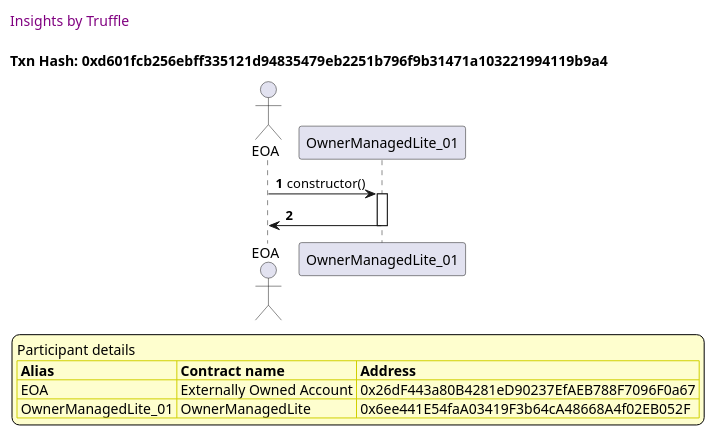
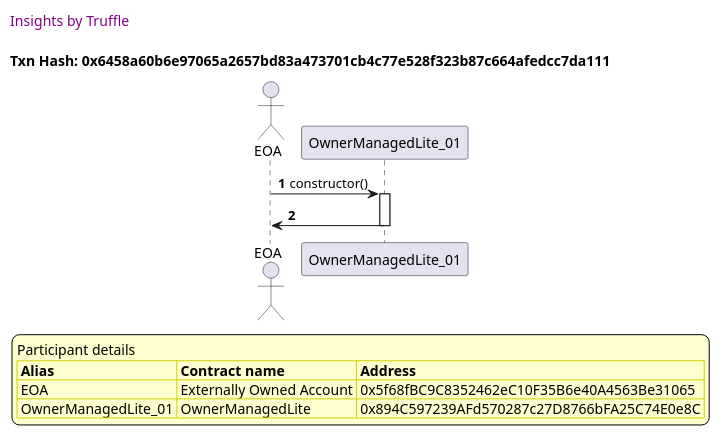
Before and after one commit to thedarkjester/ConsensysAssignment: the tenth of 16 diagrams in truffle-seq/OwnerManagedLite_test_activate_deactivate_dapp.md, drawn with PlantUML. The commit also changed other lines of this file and 13 other files, not shown here.

````diff
--- a/truffle-seq/OwnerManagedLite_test_activate_deactivate_dapp.md
+++ b/truffle-seq/OwnerManagedLite_test_activate_deactivate_dapp.md
@@ -436,37 +436,37 @@
 ```plantuml
 
 
 @startuml
 
 autonumber
 skinparam legendBackgroundColor #FEFECE
 
 <style>
       header {
         HorizontalAlignment left
         FontColor purple
         FontSize 14
         Padding 10
       }
     </style>
 
 header Insights by Truffle
 
-title Txn Hash: 0xd601fcb256ebff335121d94835479eb2251b796f9b31471a103221994119b9a4
+title Txn Hash: 0x6458a60b6e97065a2657bd83a473701cb4c77e528f323b87c664afedcc7da111
 
 
 actor EOA as "EOA"
 participant OwnerManagedLite_01 as "OwnerManagedLite_01"
 
 "EOA" -> "OwnerManagedLite_01" ++: constructor()
 "OwnerManagedLite_01" -> "EOA" --: 
 
 legend
 Participant details
 <#FEFECE,#D0D000>|= Alias |= Contract name |= Address |
-<#FEFECE>| EOA | Externally Owned Account | 0x26dF443a80B4281eD90237EfAEB788F7096F0a67 |
-<#FEFECE>| OwnerManagedLite_01 | OwnerManagedLite | 0x6ee441E54faA03419F3b64cA48668A4f02EB052F |
+<#FEFECE>| EOA | Externally Owned Account | 0x5f68fBC9C8352462eC10F35B6e40A4563Be31065 |
+<#FEFECE>| OwnerManagedLite_01 | OwnerManagedLite | 0x894C597239AFd570287c27D8766bFA25C74E0e8C |
 endlegend
 
 @enduml
 ```
````
